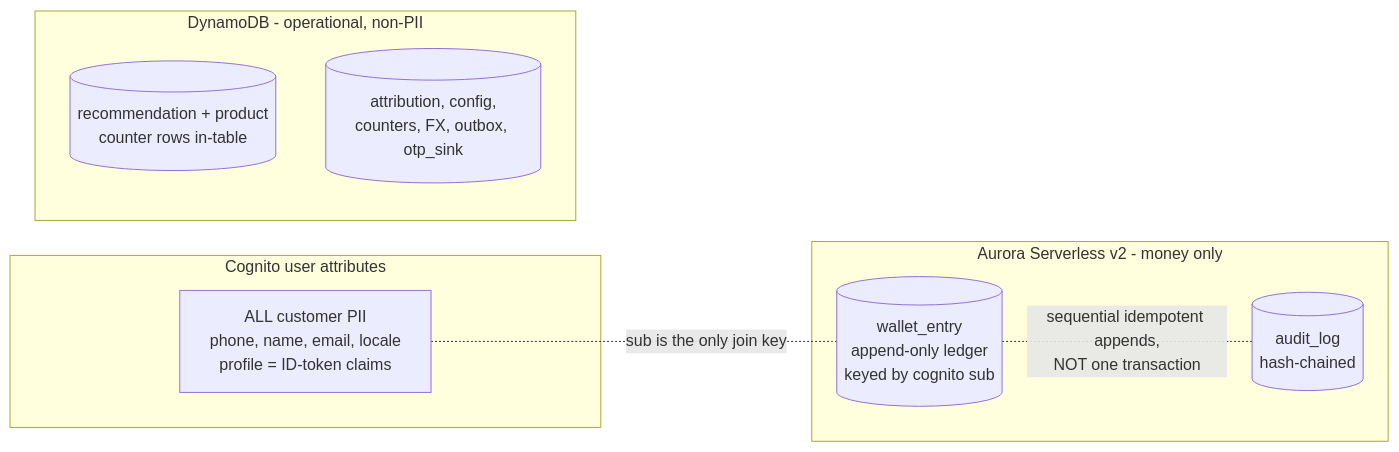
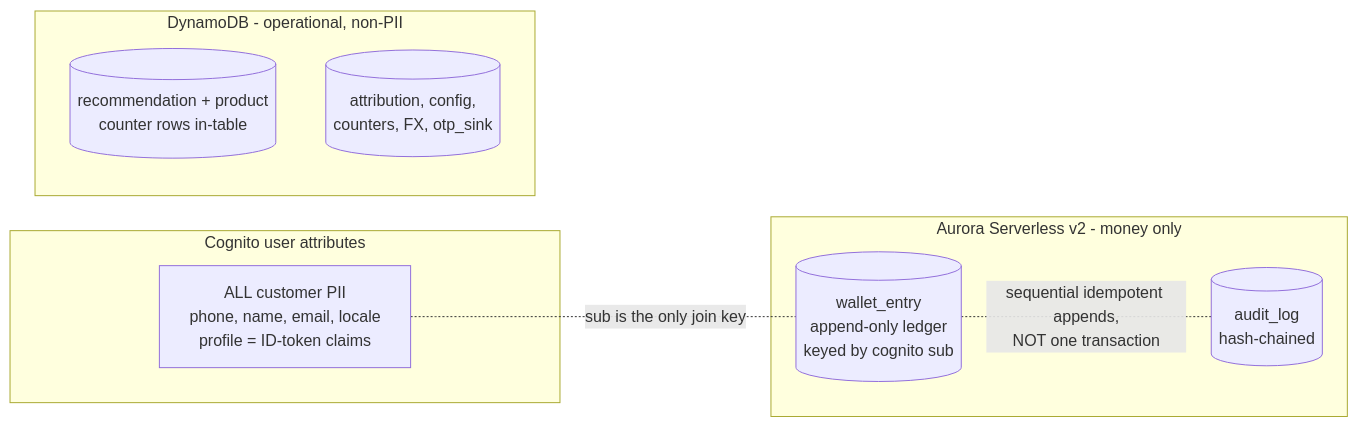
The sixth of 6 diagrams in slides/presentation.md (wanthat-app/monorepo), drawn with Mermaid before and after one commit. The commit also changed other lines of this file and 22 other files, not shown here.

First line of the commit message:
docs(refactor): rewrite ADRs + architecture docs + slides for the 15-function topology (refactor PR 9/9) (#197)

````diff
--- a/slides/presentation.md
+++ b/slides/presentation.md
@@ -547,16 +561,16 @@
 ```mermaid
 flowchart LR
   subgraph cog["Cognito user attributes"]
     pii["ALL customer PII<br>phone, name, email, locale<br>profile = ID-token claims"]
   end
   subgraph pg["Aurora Serverless v2 - money only"]
     wallet[("wallet_entry<br>append-only ledger<br>keyed by cognito sub")]
     audit[("audit_log<br>hash-chained")]
   end
   subgraph dyn["DynamoDB - operational, non-PII"]
     rec[("recommendation + product<br>counter rows in-table")]
-    ops[("attribution, config,<br>counters, FX, outbox, otp_sink")]
+    ops[("attribution, config,<br>counters, FX, otp_sink")]
   end
   pii -. "sub is the only join key" .- wallet
   wallet -. "sequential idempotent appends,<br>NOT one transaction" .- audit
 ```
````
